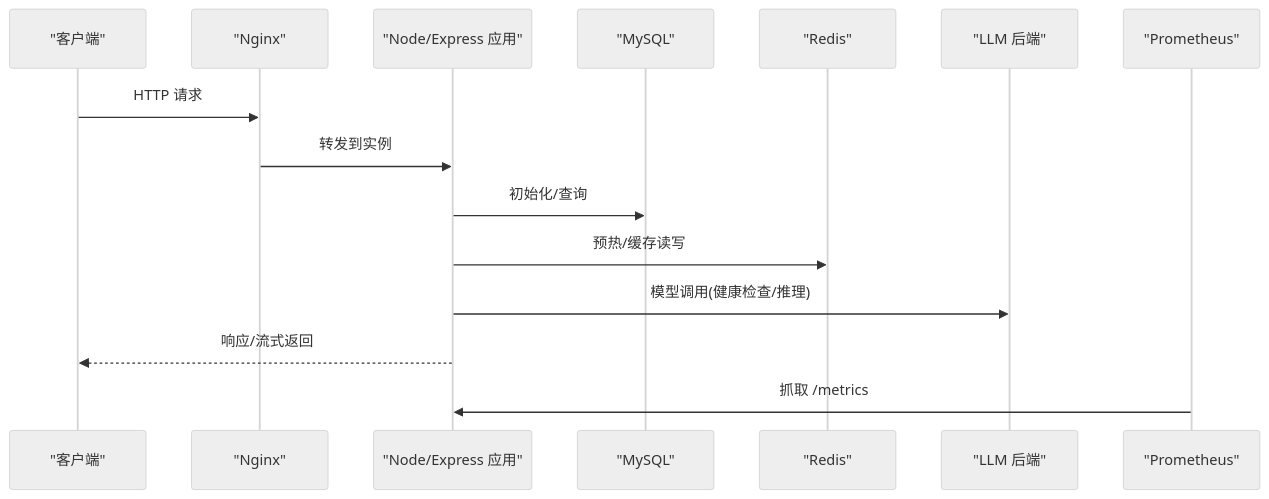
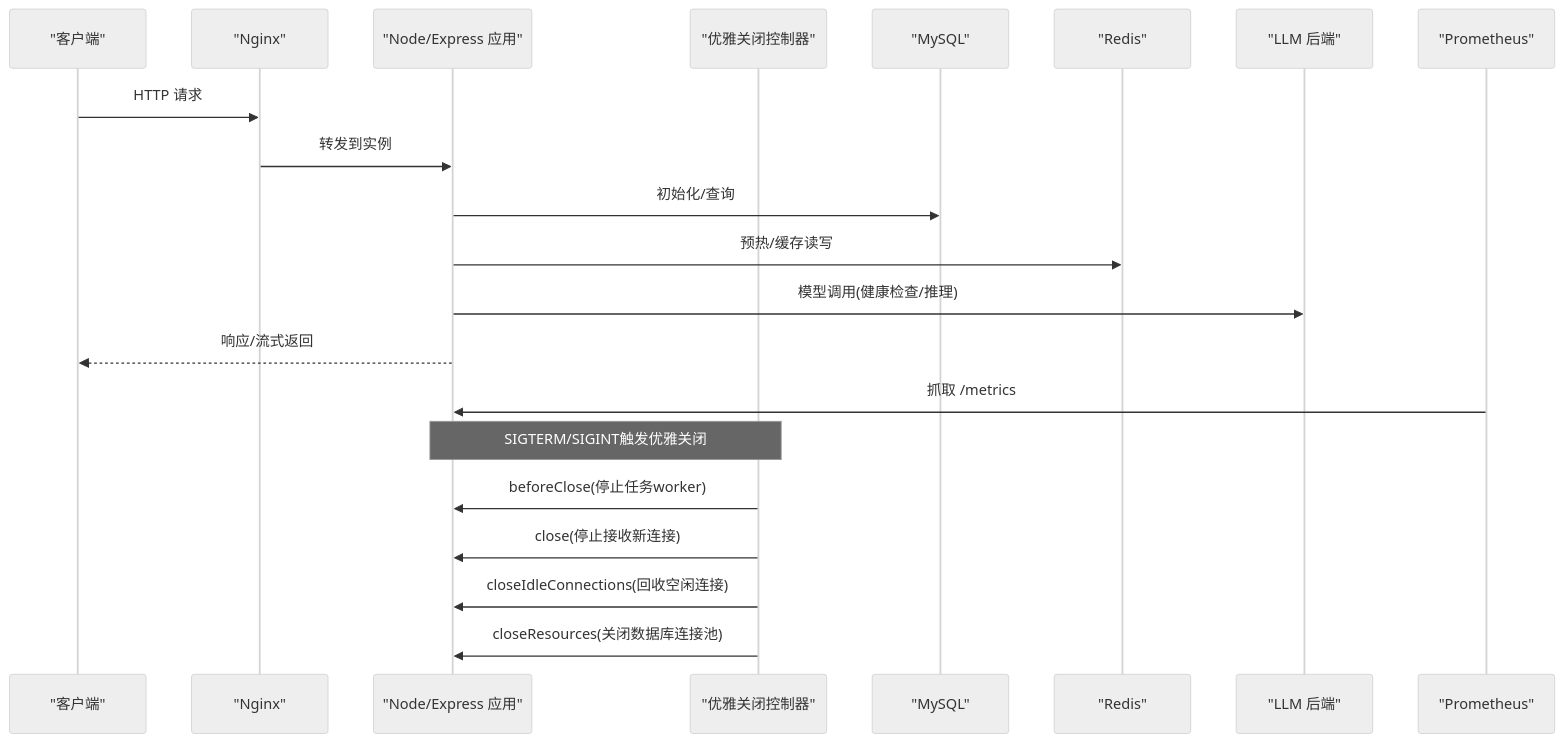
Before and after one commit to dgjin/smart-data-analytics: the second of 6 diagrams in .qoder/repowiki/zh/content/部署指南/生产环境配置/进程管理.md, drawn with Mermaid (neutral theme). The commit also changed other lines of this file and 100 other files, not shown here.

````diff
--- a/.qoder/repowiki/zh/content/部署指南/生产环境配置/进程管理.md
+++ b/.qoder/repowiki/zh/content/部署指南/生产环境配置/进程管理.md
@@ -91,17 +109,23 @@
 ```mermaid
 sequenceDiagram
 participant Client as "客户端"
 participant Nginx as "Nginx"
 participant App as "Node/Express 应用"
+participant Shutdown as "优雅关闭控制器"
 participant DB as "MySQL"
 participant Cache as "Redis"
 participant LLM as "LLM 后端"
 participant Prom as "Prometheus"
 Client->>Nginx : HTTP 请求
 Nginx->>App : 转发到实例
 App->>DB : 初始化/查询
 App->>Cache : 预热/缓存读写
 App->>LLM : 模型调用(健康检查/推理)
 App-->>Client : 响应/流式返回
 Prom->>App : 抓取 /metrics
+Note over Shutdown,App : SIGTERM/SIGINT触发优雅关闭
+Shutdown->>App : beforeClose(停止任务worker)
+Shutdown->>App : close(停止接收新连接)
+Shutdown->>App : closeIdleConnections(回收空闲连接)
+Shutdown->>App : closeResources(关闭数据库连接池)
 ```
````
